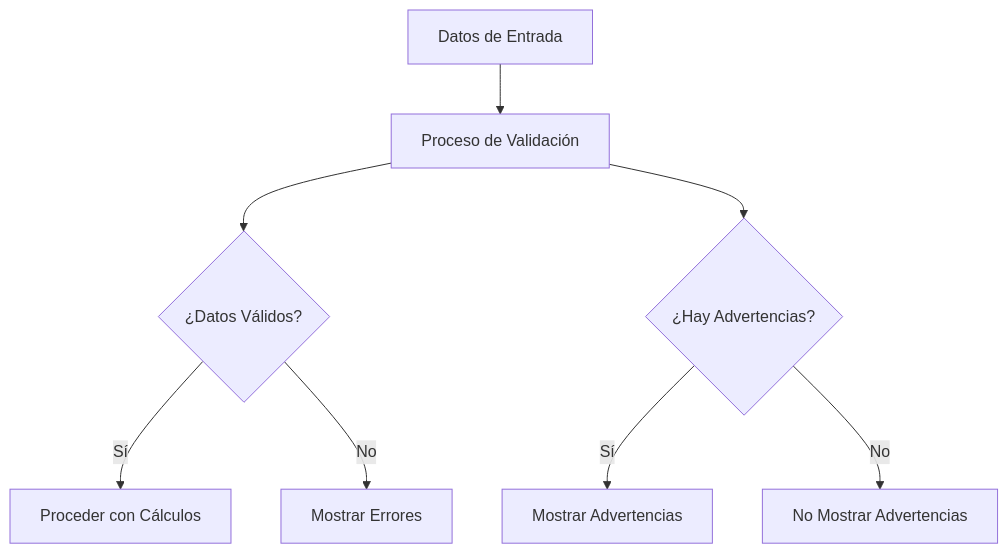
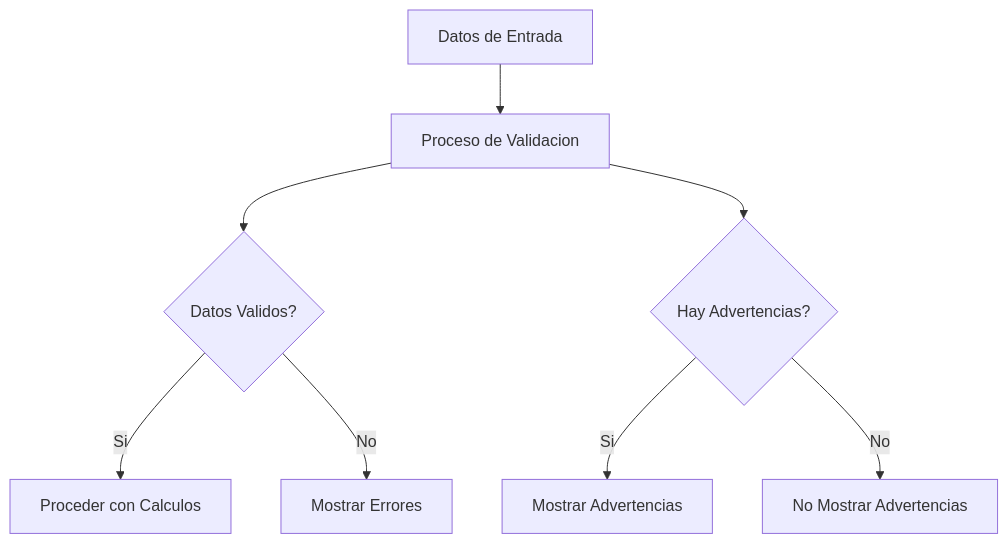
Before and after one commit to santiagoblanco22/calculator_dayana: the first of 15 diagrams in diagrams/validations.md, drawn with Mermaid. The commit also changed other lines of this file and 3 other files, not shown here.

````diff
--- a/diagrams/validations.md
+++ b/diagrams/validations.md
@@ -7,10 +7,10 @@
 ```mermaid
 flowchart TD
-    Input[Datos de Entrada] --> ValidationProcess[Proceso de Validación]
-    ValidationProcess --> ValidEntry{¿Datos Válidos?}
-    ValidEntry -->|Sí| CalculationProcess[Proceder con Cálculos]
+    Input[Datos de Entrada] --> ValidationProcess[Proceso de Validacion]
+    ValidationProcess --> ValidEntry{Datos Validos?}
+    ValidEntry -->|Si| CalculationProcess[Proceder con Calculos]
     ValidEntry -->|No| ErrorDisplay[Mostrar Errores]
-    ValidationProcess --> WarningEntry{¿Hay Advertencias?}
-    WarningEntry -->|Sí| WarningDisplay[Mostrar Advertencias]
+    ValidationProcess --> WarningEntry{Hay Advertencias?}
+    WarningEntry -->|Si| WarningDisplay[Mostrar Advertencias]
     WarningEntry -->|No| NoWarningDisplay[No Mostrar Advertencias]
 ```
````
